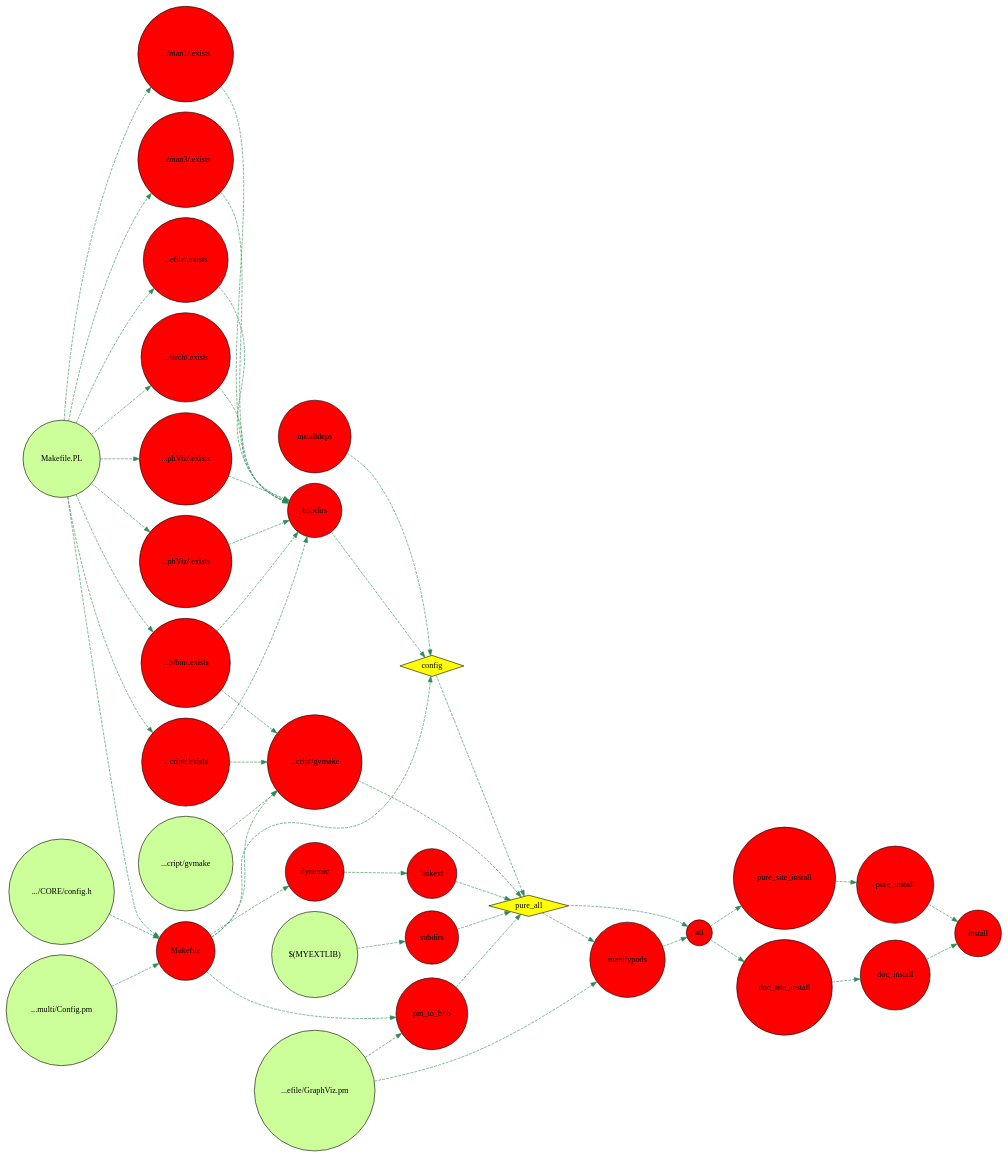
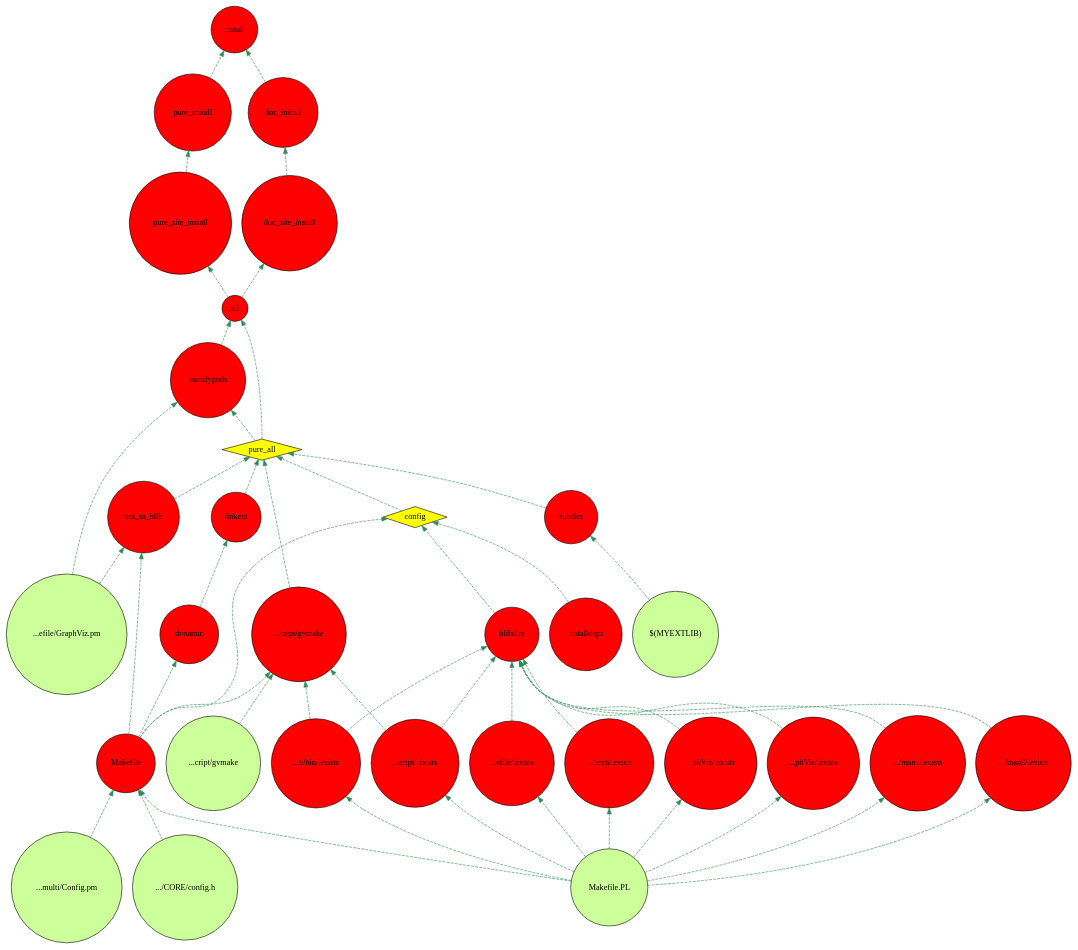
Before and after one commit to agentzh/makefile-graphviz-pm: the diagram in t/~install2.dot, drawn with Graphviz. The commit also changed 7 other files, not shown here.

First line of the commit message:
Fix tests after CPAN 'GraphViz' update to v2.10

```diff
--- a/t/~install2.dot
+++ b/t/~install2.dot
@@ -1,82 +1,82 @@
 digraph install {
-	graph [rankdir=LR, ratio=auto];
+	graph [rankdir=BT, ratio=auto];
 	node [label="\N", fillcolor=red, shape=circle, style=filled];
 	edge [color=seagreen, style=dashed];
 	install [label=install];
 	pure_install [label=pure_install];
 	pure_site_install [label=pure_site_install];
 	all [label=all];
 	pure_all [label=pure_all, fillcolor=yellow, shape=diamond];
 	config [label=config, fillcolor=yellow, shape=diamond];
 	Makefile [label=Makefile];
 	node1 [label="Makefile.PL", fillcolor="#ccff99", URL=Makefile_PL];
 	node2 [label="...multi/Config.pm", fillcolor="#ccff99", URL="_usr_lib64_perl5_5_10_1_x86_64-linux-thread-multi_Config_pm"];
 	node3 [label=".../CORE/config.h", fillcolor="#ccff99", URL="_usr_lib64_perl5_5_10_1_x86_64-linux-thread-multi_CORE_config_h"];
 	blibdirs [label=blibdirs];
 	node4 [label="...efile/.exists"];
 	node5 [label=".../arch/.exists"];
 	node6 [label="...phViz/.exists"];
 	node7 [label="...phViz/.exists"];
 	node8 [label="...b/bin/.exists"];
 	node9 [label="...cript/.exists"];
 	node10 [label=".../man1/.exists"];
 	node11 [label=".../man3/.exists"];
 	installdeps [label=installdeps];
 	pm_to_blib [label=pm_to_blib];
 	node12 [label="...efile/GraphViz.pm", fillcolor="#ccff99", URL=lib_Makefile_GraphViz_pm];
 	subdirs [label=subdirs];
 	node13 [label="$(MYEXTLIB)", fillcolor="#ccff99", URL="$(MYEXTLIB)"];
 	linkext [label=linkext];
 	dynamic [label=dynamic];
 	node14 [label="...cript/gvmake"];
 	node15 [label="...cript/gvmake", fillcolor="#ccff99", URL=script_gvmake];
 	manifypods [label=manifypods];
 	doc_install [label=doc_install];
 	doc_site_install [label=doc_site_install];
 	node13 -> subdirs;
 	node3 -> Makefile;
 	node2 -> Makefile;
 	Makefile -> node14;
 	Makefile -> config;
 	Makefile -> dynamic;
 	Makefile -> pm_to_blib;
 	node1 -> Makefile;
 	node1 -> node5;
 	node1 -> node7;
 	node1 -> node8;
 	node1 -> node4;
 	node1 -> node6;
 	node1 -> node10;
 	node1 -> node11;
 	node1 -> node9;
 	all -> doc_site_install;
 	all -> pure_site_install;
 	node5 -> blibdirs;
 	node7 -> blibdirs;
 	node8 -> node14;
 	node8 -> blibdirs;
 	node4 -> blibdirs;
 	node6 -> blibdirs;
 	node10 -> blibdirs;
 	node11 -> blibdirs;
 	node9 -> node14;
 	node9 -> blibdirs;
 	node14 -> pure_all;
 	blibdirs -> config;
 	config -> pure_all;
 	doc_install -> install;
 	doc_site_install -> doc_install;
 	dynamic -> linkext;
 	installdeps -> config;
 	node12 -> manifypods;
 	node12 -> pm_to_blib;
 	linkext -> pure_all;
 	manifypods -> all;
 	pm_to_blib -> pure_all;
 	pure_all -> all;
 	pure_all -> manifypods;
 	pure_install -> install;
 	pure_site_install -> pure_install;
 	node15 -> node14;
 	subdirs -> pure_all;
 }
```
